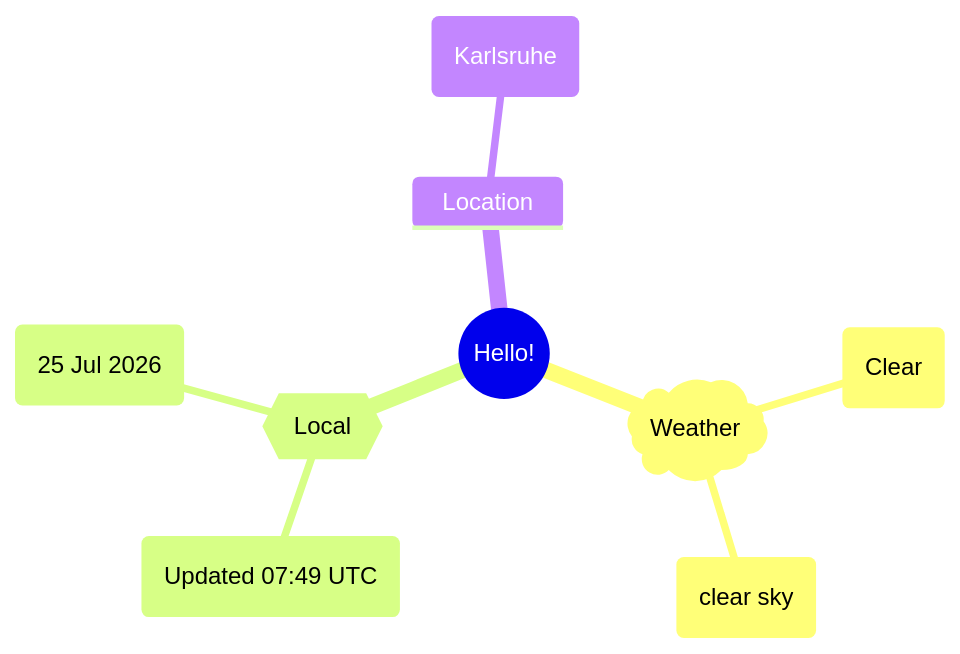
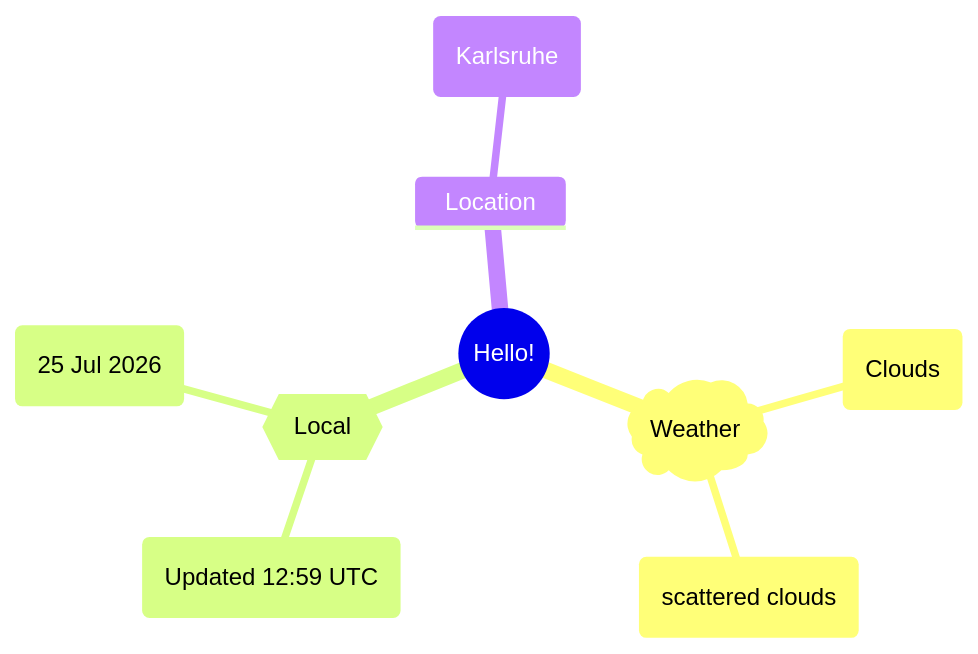
Before and after one commit to Xosrov/Xosrov: the first of 2 diagrams in README.md, drawn with Mermaid.

Commit message:
[bot] updated images

````diff
--- a/README.md
+++ b/README.md
@@ -3,12 +3,12 @@
 ```mermaid
 mindmap
   root((Hello!))
     )Weather(
-        (Clear)
-        (clear sky)
+        (Clouds)
+        (scattered clouds)
     {{Local}}
-        (Updated 07:49 UTC)
+        (Updated 12:59 UTC)
         (25 Jul 2026)
     Location
         (Karlsruhe)
 ```
````
